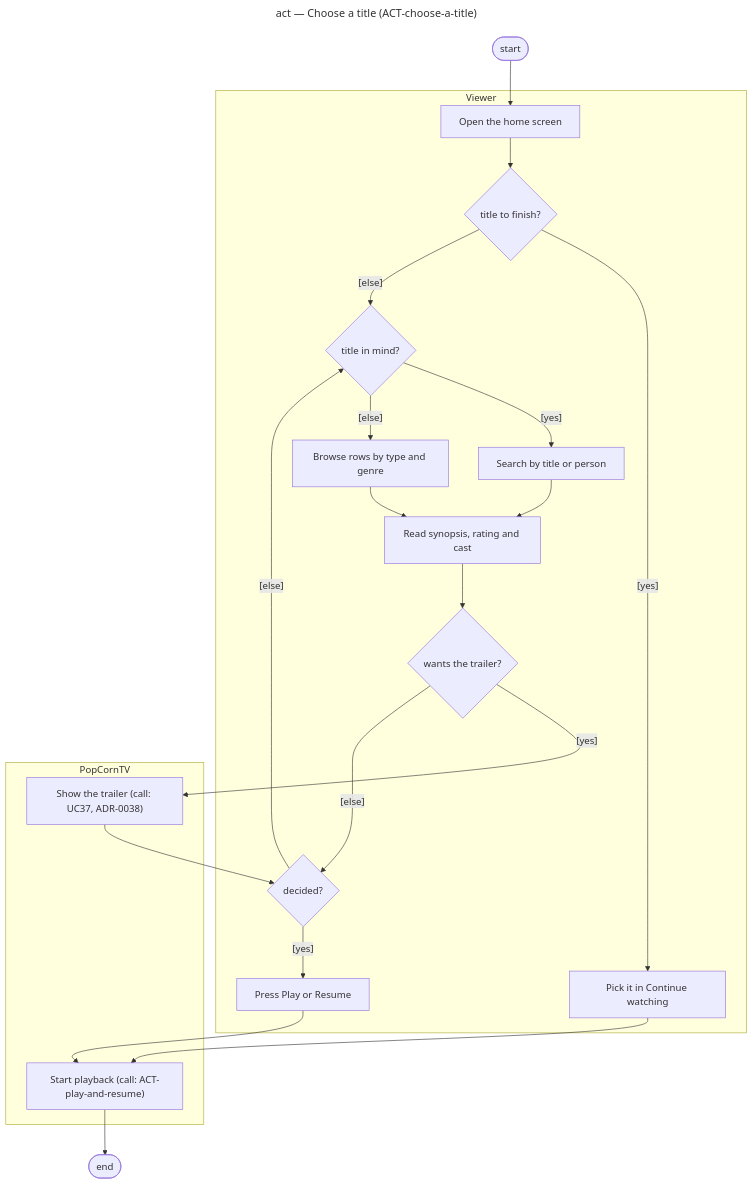
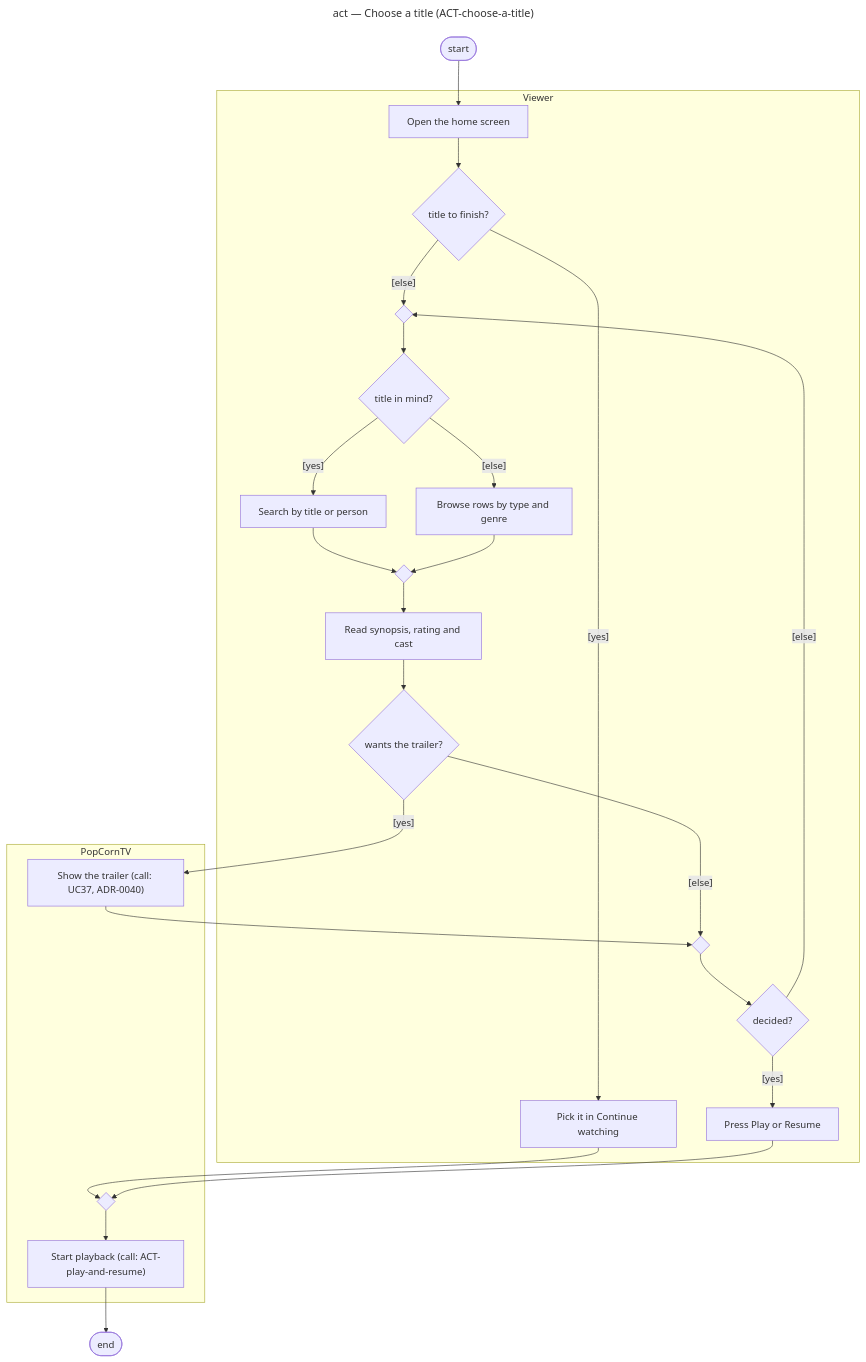
The diagram in docs/architecture/diagrams/redesign/07-activity-choose-a-title.md (benoit-bremaud/popcorntv), drawn with Mermaid before and after one commit. The commit also changed other lines of this file and 21 other files, not shown here.

````diff
--- a/docs/architecture/diagrams/redesign/07-activity-choose-a-title.md
+++ b/docs/architecture/diagrams/redesign/07-activity-choose-a-title.md
@@ -8,33 +8,39 @@
 ```mermaid
 ---
 title: act — Choose a title (ACT-choose-a-title)
 ---
 flowchart TD
   Start(["start"]) --> A1
   subgraph Viewer ["Viewer"]
     A1["Open the home screen"]
+    M1{" "}
+    M2{" "}
+    M3{" "}
     D1{"title to finish?"}
     A2["Pick it in Continue watching"]
     D2{"title in mind?"}
     A3["Search by title or person"]
     A4["Browse rows by type and genre"]
     A5["Read synopsis, rating and cast"]
     D3{"wants the trailer?"}
     D4{"decided?"}
     A7["Press Play or Resume"]
   end
   subgraph App ["PopCornTV"]
-    A6["Show the trailer (call: UC37, ADR-0038)"]
+    A6["Show the trailer (call: UC37, ADR-0040)"]
+    M4{" "}
     A8["Start playback (call: ACT-play-and-resume)"]
   end
   A1 --> D1
-  D1 -->|"[yes]"| A2 --> A8
-  D1 -->|"[else]"| D2
-  D2 -->|"[yes]"| A3 --> A5
-  D2 -->|"[else]"| A4 --> A5
-  A5 --> D3
-  D3 -->|"[yes]"| A6 --> D4
-  D3 -->|"[else]"| D4
-  D4 -->|"[yes]"| A7 --> A8 --> End(["end"])
-  D4 -->|"[else]"| D2
+  D1 -->|"[yes]"| A2 --> M4
+  D1 -->|"[else]"| M1 --> D2
+  D2 -->|"[yes]"| A3 --> M2
+  D2 -->|"[else]"| A4 --> M2
+  M2 --> A5 --> D3
+  D3 -->|"[yes]"| A6 --> M3
+  D3 -->|"[else]"| M3
+  M3 --> D4
+  D4 -->|"[yes]"| A7 --> M4
+  D4 -->|"[else]"| M1
+  M4 --> A8 --> End(["end"])
 ```
````
